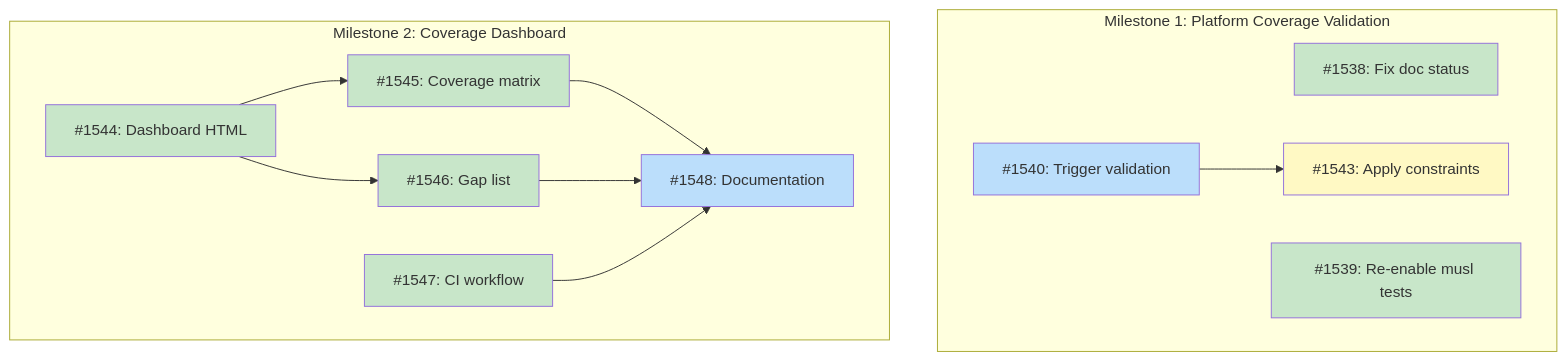
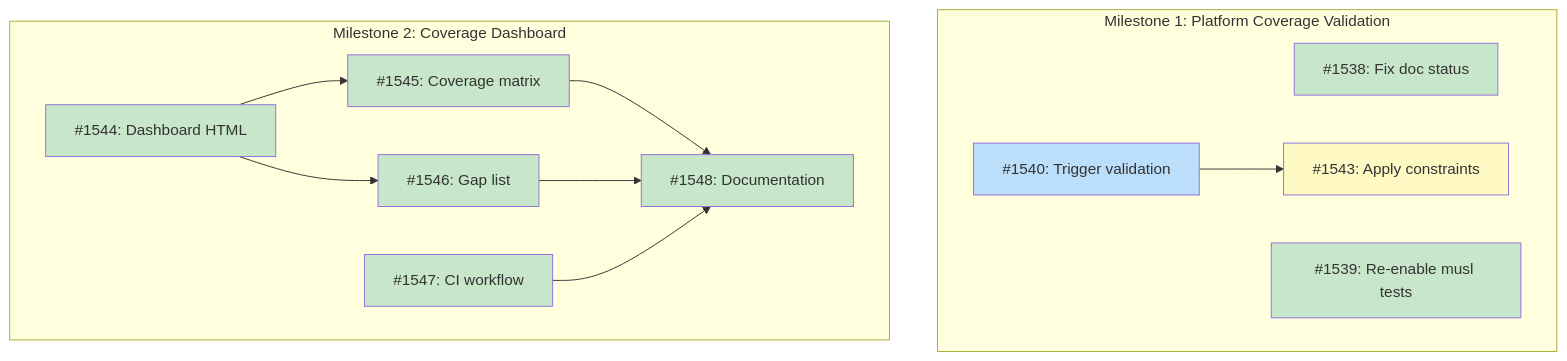
The diagram in docs/designs/DESIGN-recipe-coverage-system.md (tsukumogami/tsuku), drawn with Mermaid before and after one commit. The commit also changed other lines of this file, not shown here.

````diff
--- a/docs/designs/DESIGN-recipe-coverage-system.md
+++ b/docs/designs/DESIGN-recipe-coverage-system.md
@@ -51,34 +51,33 @@
 ```mermaid
 graph TD
     subgraph M1["Milestone 1: Platform Coverage Validation"]
         I1538["#1538: Fix doc status"]
         I1539["#1539: Re-enable musl tests"]
         I1540["#1540: Trigger validation"]
         I1543["#1543: Apply constraints"]
     end
 
     subgraph M2["Milestone 2: Coverage Dashboard"]
         I1544["#1544: Dashboard HTML"]
         I1545["#1545: Coverage matrix"]
         I1546["#1546: Gap list"]
         I1547["#1547: CI workflow"]
         I1548["#1548: Documentation"]
     end
 
     I1540 --> I1543
     I1544 --> I1545
     I1544 --> I1546
     I1545 --> I1548
     I1546 --> I1548
     I1547 --> I1548
 
     classDef done fill:#c8e6c9
     classDef ready fill:#bbdefb
     classDef blocked fill:#fff9c4
     classDef needsDesign fill:#e1bee7
 
-    class I1538,I1539,I1544,I1545,I1546,I1547 done
+    class I1538,I1539,I1544,I1545,I1546,I1547,I1548 done
     class I1540 ready
     class I1543 blocked
-    class I1548 ready
 ```
````
